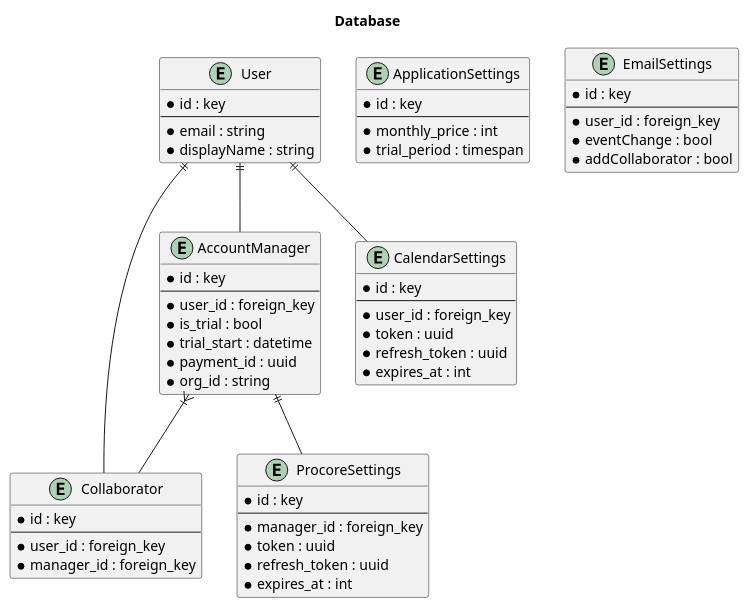
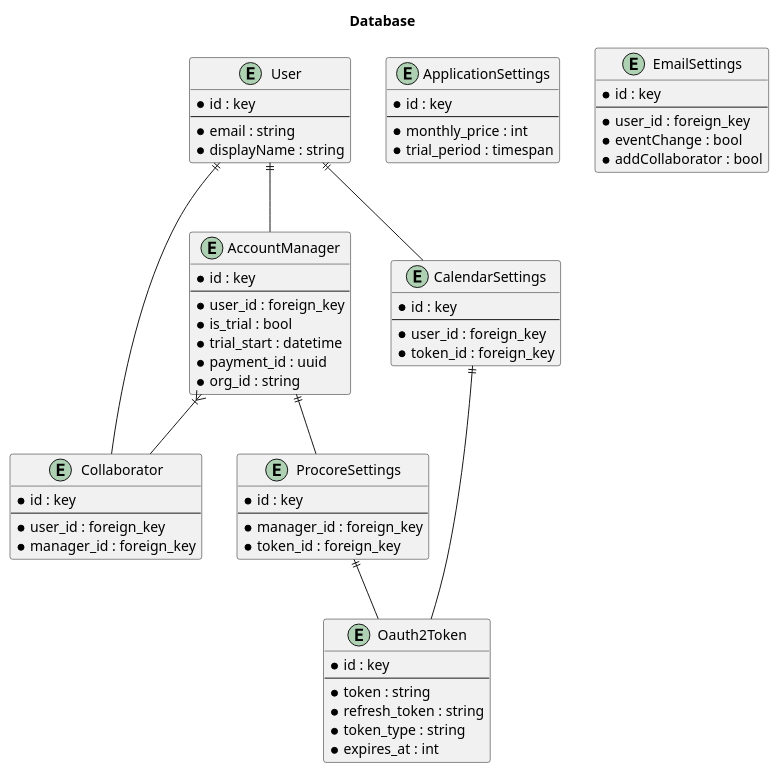
The diagram in diagrams/database.wsd (adhurjaty/procore-gcal), drawn with PlantUML before and after one commit.

Commit message:
updates proposed database schema

```diff
--- a/diagrams/database.wsd
+++ b/diagrams/database.wsd
@@ -1,67 +1,74 @@
 @startuml
 title Database
 
 entity User {
     * id : key
     ---
     * email : string
     * displayName : string
+}
+
+entity Oauth2Token {
+    * id : key
+    ---
+    * token : string
+    * refresh_token : string
+    * token_type : string
+    * expires_at : int
 }
 
 entity AccountManager {
     * id : key
     ---
     * user_id : foreign_key
     * is_trial : bool
     * trial_start : datetime
     * payment_id : uuid
     * org_id : string
 }
 
 entity Collaborator {
     * id : key
     ---
     * user_id : foreign_key
     * manager_id : foreign_key
 }
 
 entity ProcoreSettings {
     * id : key
     ---
     * manager_id : foreign_key
-    * token : uuid
-    * refresh_token : uuid
-    * expires_at : int
+    * token_id : foreign_key
 }
 
 entity CalendarSettings {
     * id : key
     ---
     * user_id : foreign_key
-    * token : uuid
-    * refresh_token : uuid
-    * expires_at : int
+    * token_id : foreign_key
 }
 
 entity ApplicationSettings {
     * id : key
     ---
     * monthly_price : int
     * trial_period : timespan
 }
 
 entity EmailSettings {
     * id : key
     ---
     * user_id : foreign_key
     * eventChange : bool
     * addCollaborator : bool
 }
 
 AccountManager ||-- ProcoreSettings
 User ||-- AccountManager
 User ||-- CalendarSettings
 User ||-- Collaborator
 AccountManager }|-- Collaborator
+ProcoreSettings ||-- Oauth2Token
+CalendarSettings ||-- Oauth2Token
 
 @enduml
```
